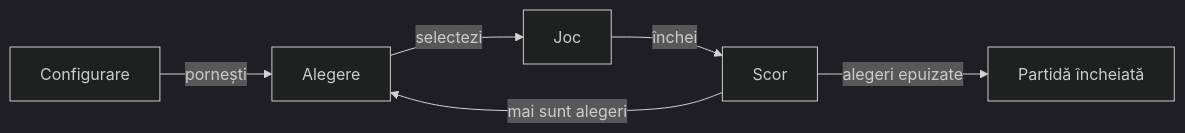
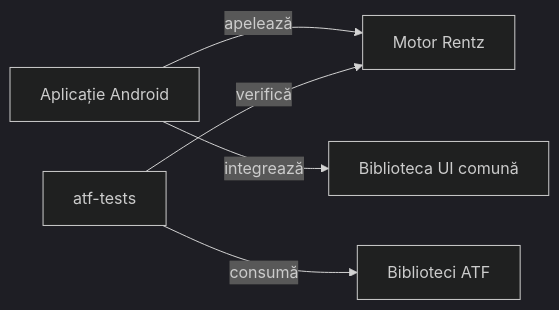
Before and after one commit to crististefanita/atf_j5: the diagram in README.md, drawn with Mermaid (dark theme). The commit also changed other lines of this file and 16 other files, not shown here.

Commit message:
Validate Android release flow documentation and clean RAG scratch

````diff
--- a/README.md
+++ b/README.md
@@ -15,8 +19,7 @@
 ```mermaid
 flowchart LR
-    SETUP["Configurare"] -->|pornești| CHOOSE["Alegere"]
-    CHOOSE -->|selectezi| PLAY["Joc"]
-    PLAY -->|închei| SCORE["Scor"]
-    SCORE -->|mai sunt alegeri| CHOOSE
-    SCORE -->|alegeri epuizate| END["Partidă încheiată"]
+    APP["Aplicație Android"] -->|apelează| CORE["Motor Rentz"]
+    APP -->|integrează| UI["Biblioteca UI comună"]
+    ATF["atf-tests"] -->|verifică| CORE
+    ATF -->|consumă| LIB["Biblioteci ATF"]
 ```
````
